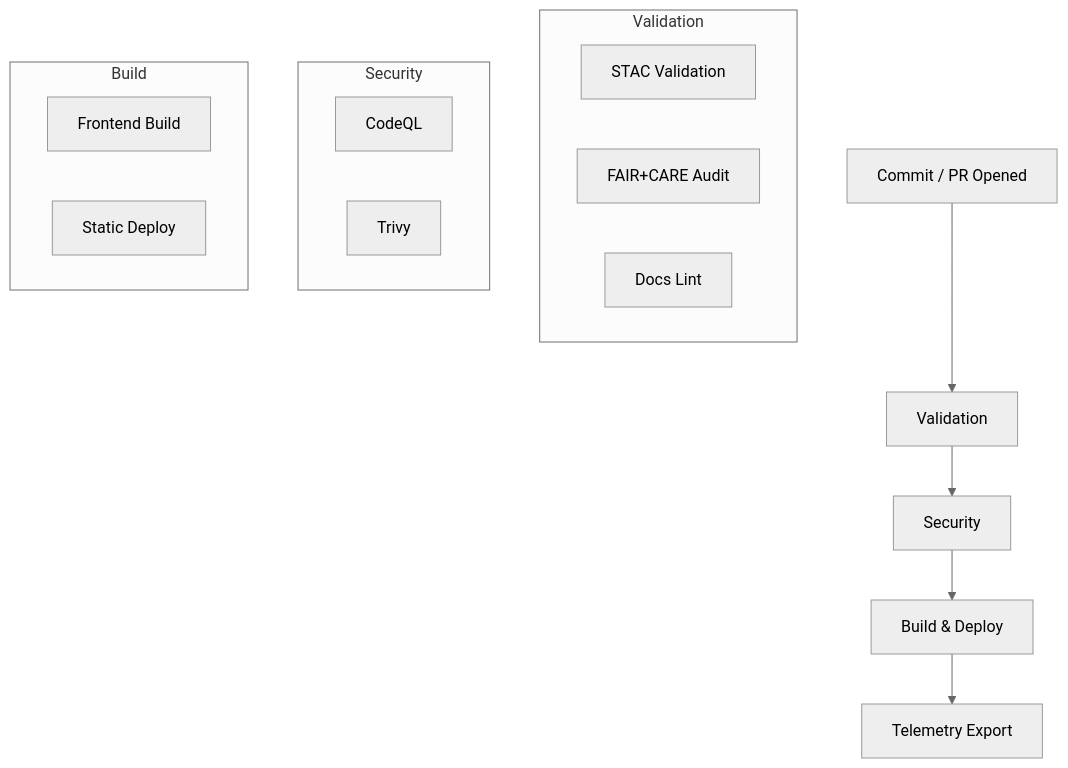
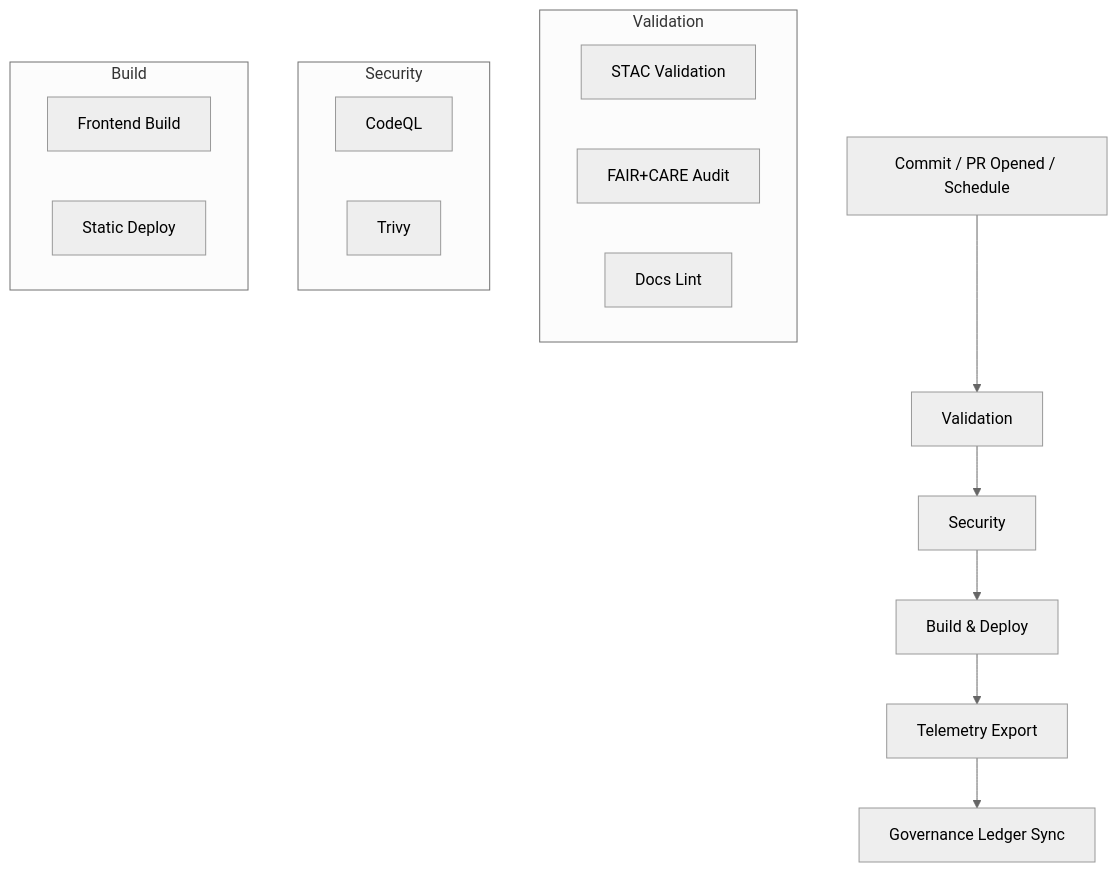
The diagram in .github/README.md (bartytime4life/Kansas-Frontier-Matrix), drawn with Mermaid (neutral theme) before and after one commit. The commit also changed other lines of this file, not shown here.

````diff
--- a/.github/README.md
+++ b/.github/README.md
@@ -116,23 +121,24 @@
 ```mermaid
 flowchart TD
-A["Commit / PR Opened"] --> B["Validation"]
+A["Commit / PR Opened / Schedule"] --> B["Validation"]
 B --> C["Security"]
 C --> D["Build & Deploy"]
 D --> E["Telemetry Export"]
+E --> F["Governance Ledger Sync"]
 
 subgraph Validation
 B1["STAC Validation"]
 B2["FAIR+CARE Audit"]
 B3["Docs Lint"]
 end
 
 subgraph Security
 C1["CodeQL"]
 C2["Trivy"]
 end
 
 subgraph Build
 D1["Frontend Build"]
 D2["Static Deploy"]
 end
 ```
````
